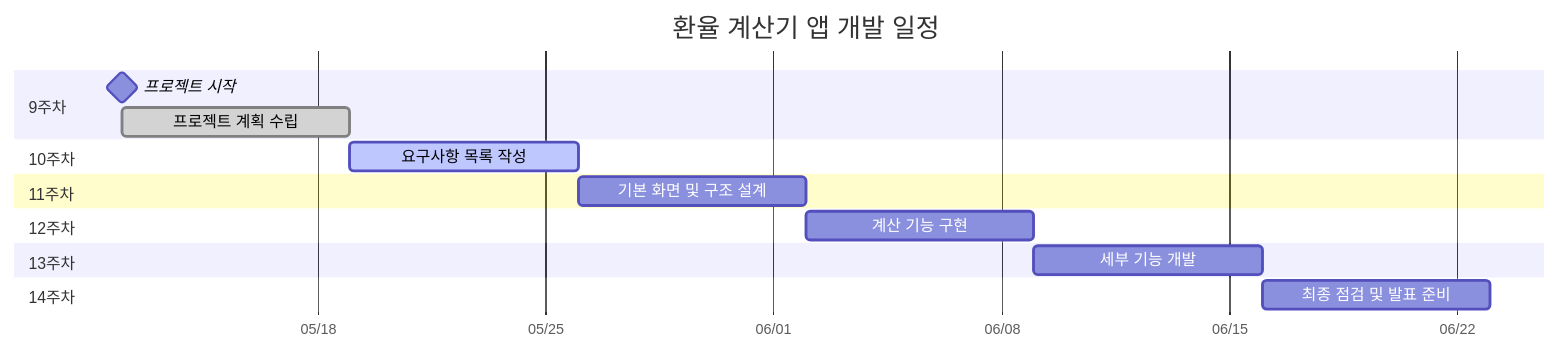
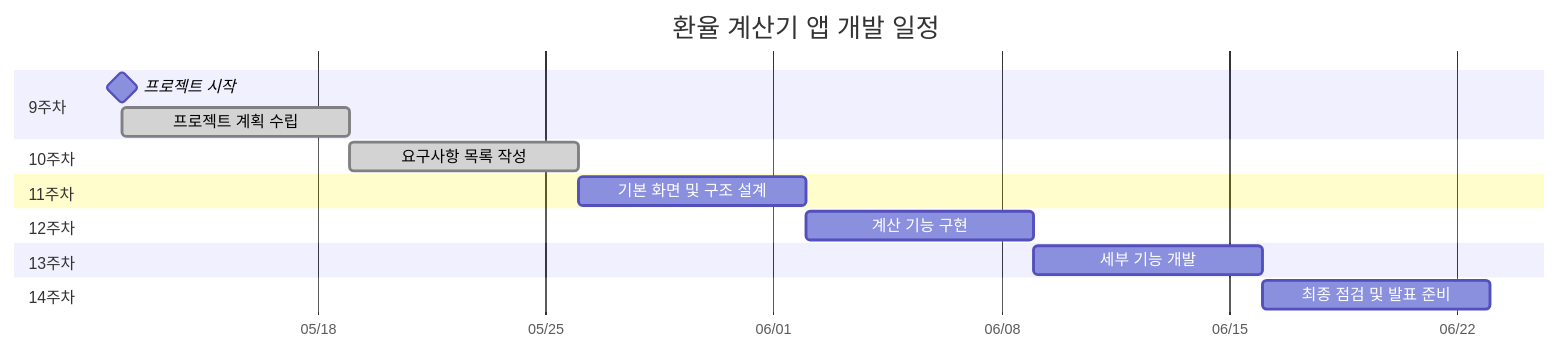
One commit to Park-M-S/Android-learn changed the diagram in 앱 만들어보기/프로젝트 계획서 2.0.md. Above: the diagram before and after it, drawn with Mermaid.

Commit message:
Update 프로젝트 계획서 2.1.md

````diff
--- a/앱 만들어보기/프로젝트 계획서 2.0.md
+++ b/앱 만들어보기/프로젝트 계획서 2.0.md
@@ -84,24 +84,24 @@
 ```mermaid
 gantt
     title 환율 계산기 앱 개발 일정
     dateFormat  YYYY-MM-DD
     axisFormat  %m/%d
     section 9주차
     프로젝트 시작            :milestone, 2025-05-12, 0d
     프로젝트 계획 수립    :done, plan, 2025-05-12, 7d
     
     section 10주차
-    요구사항 목록 작성        :active, setup, 2025-05-19, 7d
+    요구사항 목록 작성        :done, setup, 2025-05-19, 7d
     
     section 11주차
     기본 화면 및 구조 설계    :frame, after setup, 7d
     
     section 12주차
     계산 기능 구현       :calc, after frame, 7d
     
     section 13주차
     세부 기능 개발       :detail, after calc, 7d
     
     section 14주차
     최종 점검 및 발표 준비    :final, after detail, 7d
 ```
````
